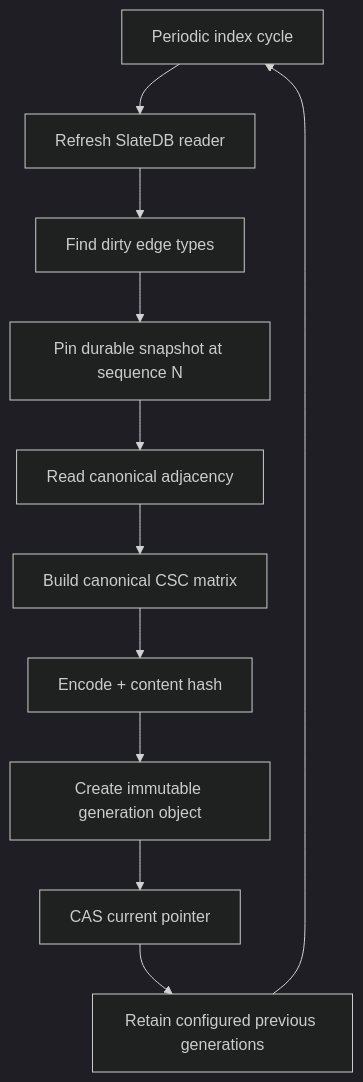
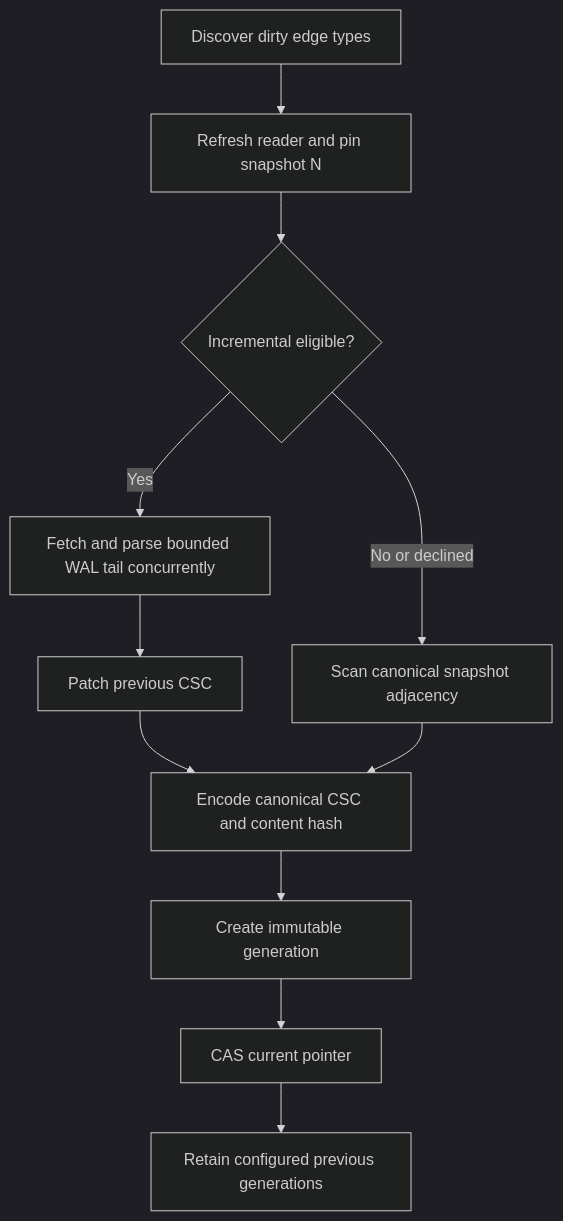
Before and after one commit to BHAVIKA44/hydraddb: the ninth of 10 diagrams in architecture.md, drawn with Mermaid (dark theme). The commit also changed other lines of this file and 4 other files, not shown here.

````diff
--- a/architecture.md
+++ b/architecture.md
@@ -271,17 +483,18 @@
 ```mermaid
 flowchart TB
-    LOOP["Periodic index cycle"]
-    REFRESH["Refresh SlateDB reader"]
-    DIRTY["Find dirty edge types"]
-    SNAP["Pin durable snapshot at sequence N"]
-    ADJ["Read canonical adjacency"]
-    CSC["Build canonical CSC matrix"]
-    HASH["Encode + content hash"]
-    PUT["Create immutable generation object"]
+    DIRTY["Discover dirty edge types"]
+    SNAPSHOT["Refresh reader and pin snapshot N"]
+    MODE{"Incremental eligible?"}
+    TAIL["Fetch and parse bounded WAL tail concurrently"]
+    PATCH["Patch previous CSC"]
+    FULL["Scan canonical snapshot adjacency"]
+    ENCODE["Encode canonical CSC and content hash"]
+    PUT["Create immutable generation"]
     CAS["CAS current pointer"]
     GC["Retain configured previous generations"]
 
-    LOOP --> REFRESH --> DIRTY
-    DIRTY --> SNAP --> ADJ --> CSC --> HASH --> PUT --> CAS --> GC
-    GC --> LOOP
+    DIRTY --> SNAPSHOT --> MODE
+    MODE -->|"Yes"| TAIL --> PATCH --> ENCODE
+    MODE -->|"No or declined"| FULL --> ENCODE
+    ENCODE --> PUT --> CAS --> GC
 ```
````
